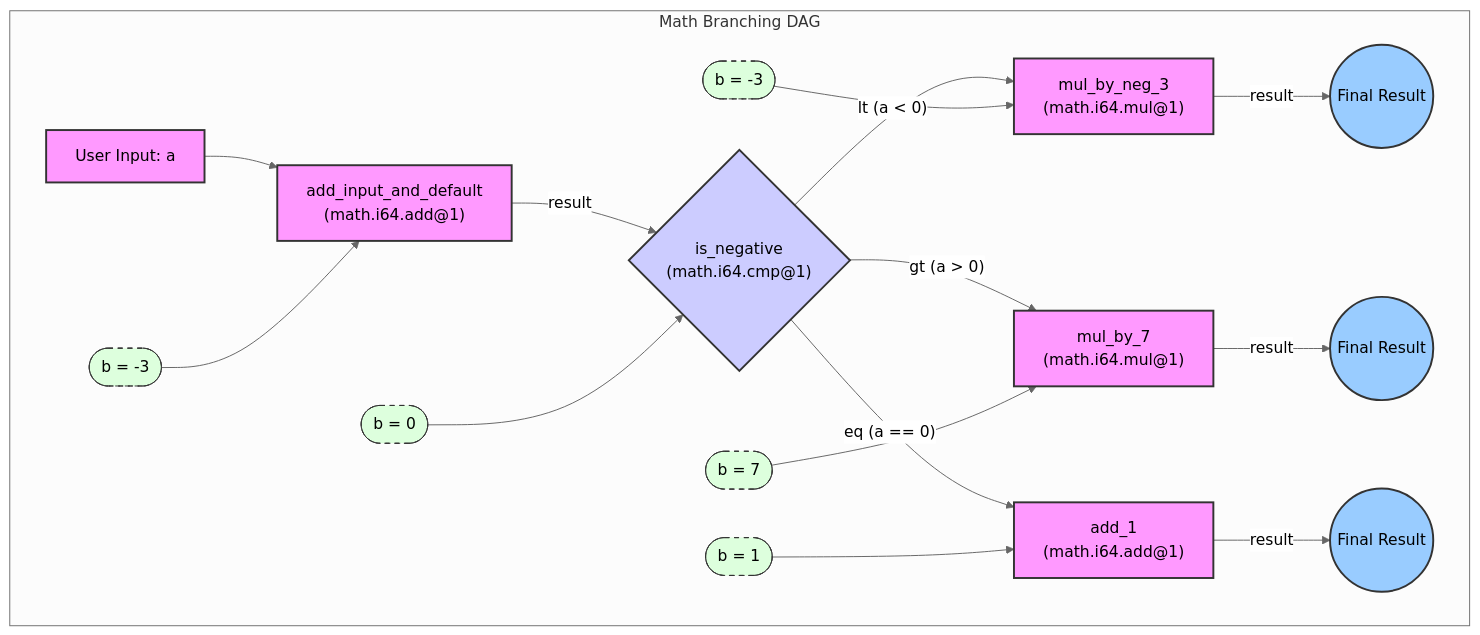
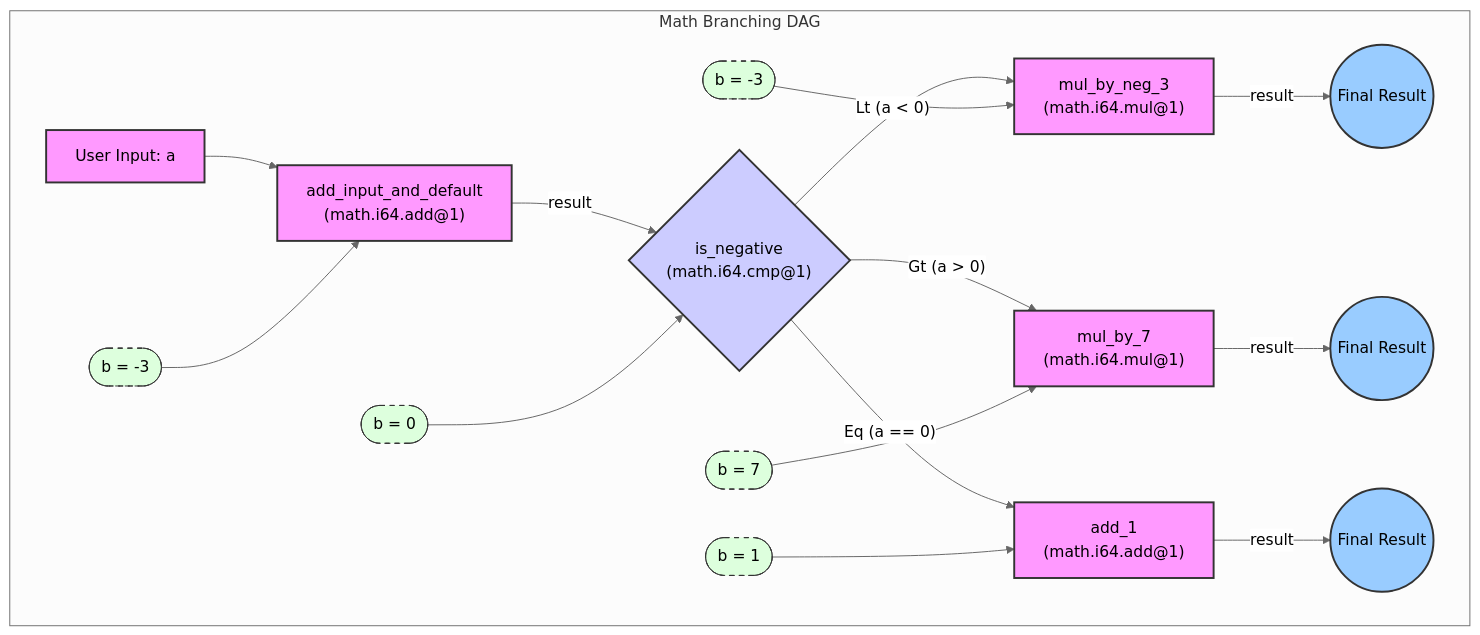
One commit to Talus-Network/nexus-sdk changed the diagram in docs/guides/math-branching-dag-builder.md. Above: the diagram before and after it, drawn with Mermaid (neutral theme). The commit also changed other lines of this file and 1 other file, not shown here.

Commit message:
applying review comments, part 1

````diff
--- a/docs/guides/math-branching-dag-builder.md
+++ b/docs/guides/math-branching-dag-builder.md
@@ -19,32 +19,32 @@
 ```mermaid
 graph TD
     subgraph "Math Branching DAG"
         Input[User Input: a] --> A["add_input_and_default<br>(math.i64.add@1)"];
         Def1([b = -3]) --> A;
         A -- "result" --> B{"is_negative<br>(math.i64.cmp@1)"};
         Def2([b = 0]) --> B;
         
-        B -- "lt (a < 0)" --> C["mul_by_neg_3<br>(math.i64.mul@1)"];
+        B -- "Lt (a < 0)" --> C["mul_by_neg_3<br>(math.i64.mul@1)"];
         Def3([b = -3]) --> C;
         
-        B -- "gt (a > 0)" --> D["mul_by_7<br>(math.i64.mul@1)"];
+        B -- "Gt (a > 0)" --> D["mul_by_7<br>(math.i64.mul@1)"];
         Def4([b = 7]) --> D;
         
-        B -- "eq (a == 0)" --> E["add_1<br>(math.i64.add@1)"];
+        B -- "Eq (a == 0)" --> E["add_1<br>(math.i64.add@1)"];
         Def5([b = 1]) --> E;
         
         C -- "result" --> Result1((Final Result));
         D -- "result" --> Result2((Final Result));
         E -- "result" --> Result3((Final Result));
     end
 
     classDef default fill:#f9f,stroke:#333,stroke-width:2px;
     classDef compare fill:#ccf,stroke:#333,stroke-width:2px;
     classDef output fill:#9cf,stroke:#333,stroke-width:2px;
     classDef constant fill:#dfd,stroke:#333,stroke-width:1px,stroke-dasharray: 5 5;
     
     class A,C,D,E default;
     class B compare;
     class Result1,Result2,Result3 output;
     class Def1,Def2,Def3,Def4,Def5 constant;
 ```
````
